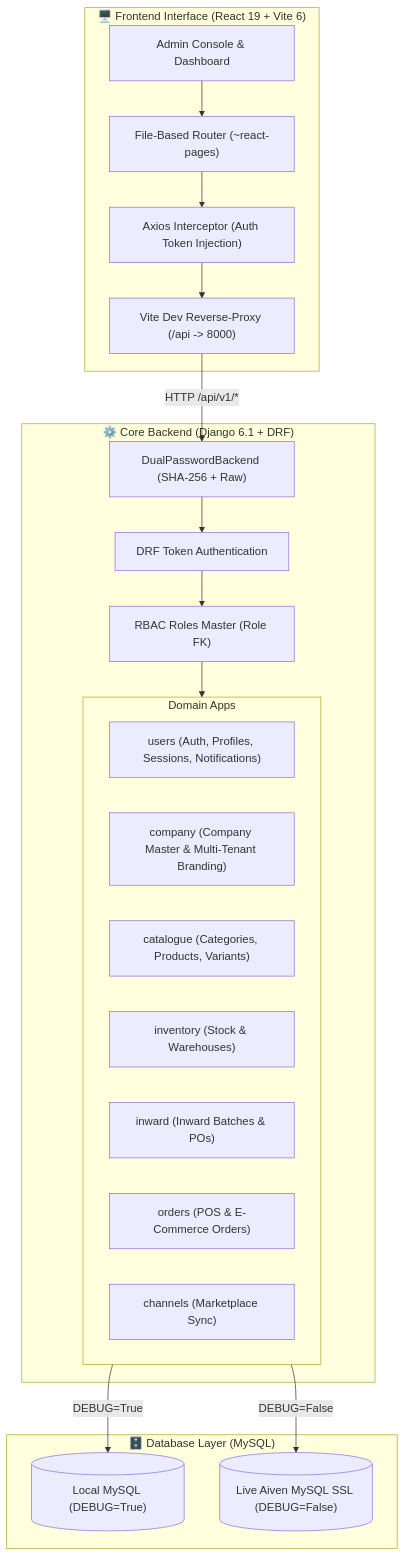
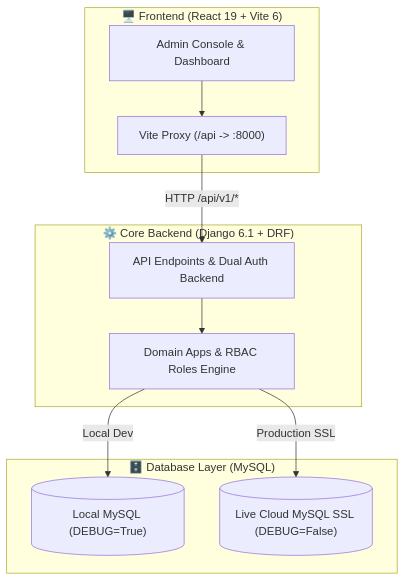
Before and after one commit to Axinix-Technology/E-commerce: the diagram in README.md, drawn with Mermaid.

````diff
--- a/README.md
+++ b/README.md
@@ -52,38 +52,23 @@
 ```mermaid
 flowchart TD
-    subgraph Frontend ["🖥️ Frontend Interface (React 19 + Vite 6)"]
+    subgraph Frontend ["🖥️ Frontend (React 19 + Vite 6)"]
         UI["Admin Console & Dashboard"]
-        ROUTER["File-Based Router (~react-pages)"]
-        AXIOS["Axios Interceptor (Auth Token Injection)"]
-        PROXY["Vite Dev Reverse-Proxy (/api -> 8000)"]
+        PROXY["Vite Proxy (/api -> :8000)"]
+        UI --> PROXY
     end
 
     subgraph Backend ["⚙️ Core Backend (Django 6.1 + DRF)"]
-        AUTH_BACKEND["DualPasswordBackend (SHA-256 + Raw)"]
-        AUTH_TOKEN["DRF Token Authentication"]
-        ROLES_ENGINE["RBAC Roles Master (Role FK)"]
-        
-        subgraph Apps ["Domain Apps"]
-            USERS["users (Auth, Profiles, Sessions, Notifications)"]
-            COMPANY["company (Company Master & Multi-Tenant Branding)"]
-            CATALOGUE["catalogue (Categories, Products, Variants)"]
-            INVENTORY["inventory (Stock & Warehouses)"]
-            INWARD["inward (Inward Batches & POs)"]
-            ORDERS["orders (POS & E-Commerce Orders)"]
-            CHANNELS["channels (Marketplace Sync)"]
-        end
+        API_GATEWAY["API Endpoints & Dual Auth Backend"]
+        CORE_LOGIC["Domain Apps & RBAC Roles Engine"]
+        API_GATEWAY --> CORE_LOGIC
     end
 
     subgraph Database ["🗄️ Database Layer (MySQL)"]
         LOCAL_DB[("Local MySQL (DEBUG=True)")]
-        LIVE_DB[("Live Aiven MySQL SSL (DEBUG=False)")]
+        LIVE_DB[("Live Cloud MySQL SSL (DEBUG=False)")]
     end
 
-    UI --> ROUTER --> AXIOS --> PROXY
-    PROXY -->|HTTP /api/v1/*| AUTH_BACKEND
-    AUTH_BACKEND --> AUTH_TOKEN --> ROLES_ENGINE
-    ROLES_ENGINE --> Apps
-
-    Apps -->|DEBUG=True| LOCAL_DB
-    Apps -->|DEBUG=False| LIVE_DB
+    PROXY -->|HTTP /api/v1/*| API_GATEWAY
+    CORE_LOGIC -->|Local Dev| LOCAL_DB
+    CORE_LOGIC -->|Production SSL| LIVE_DB
 ```
````
